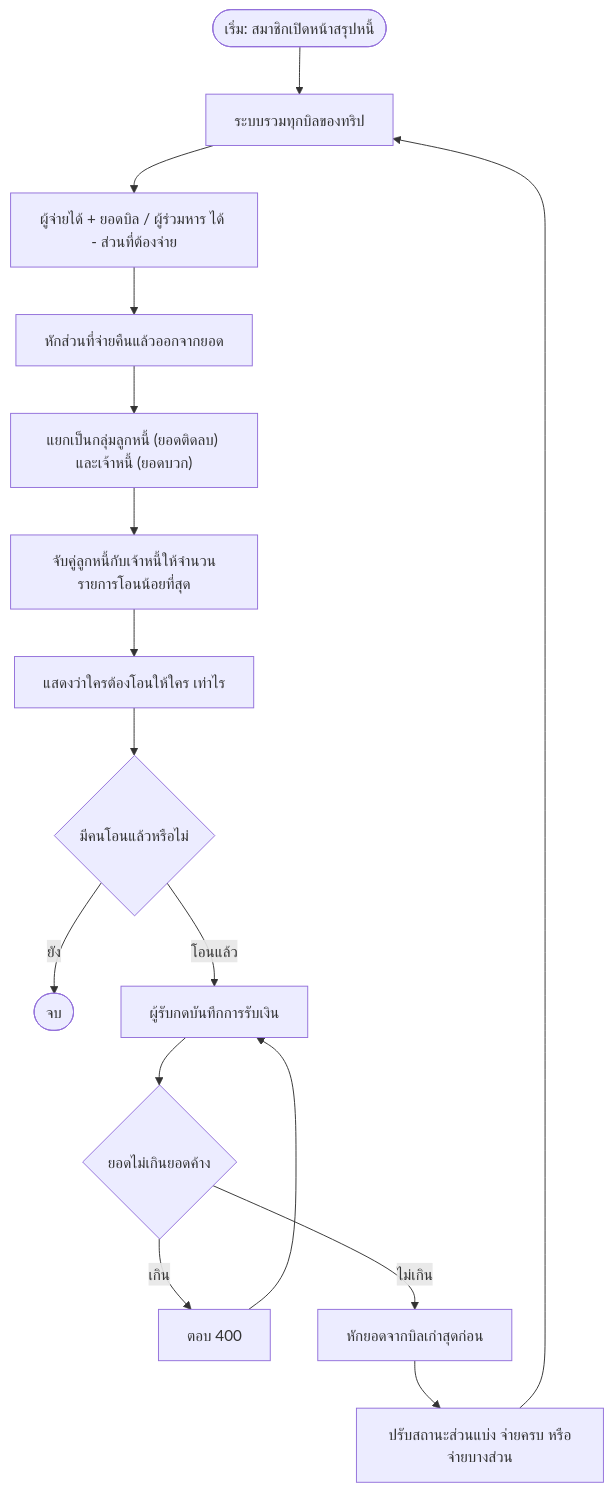
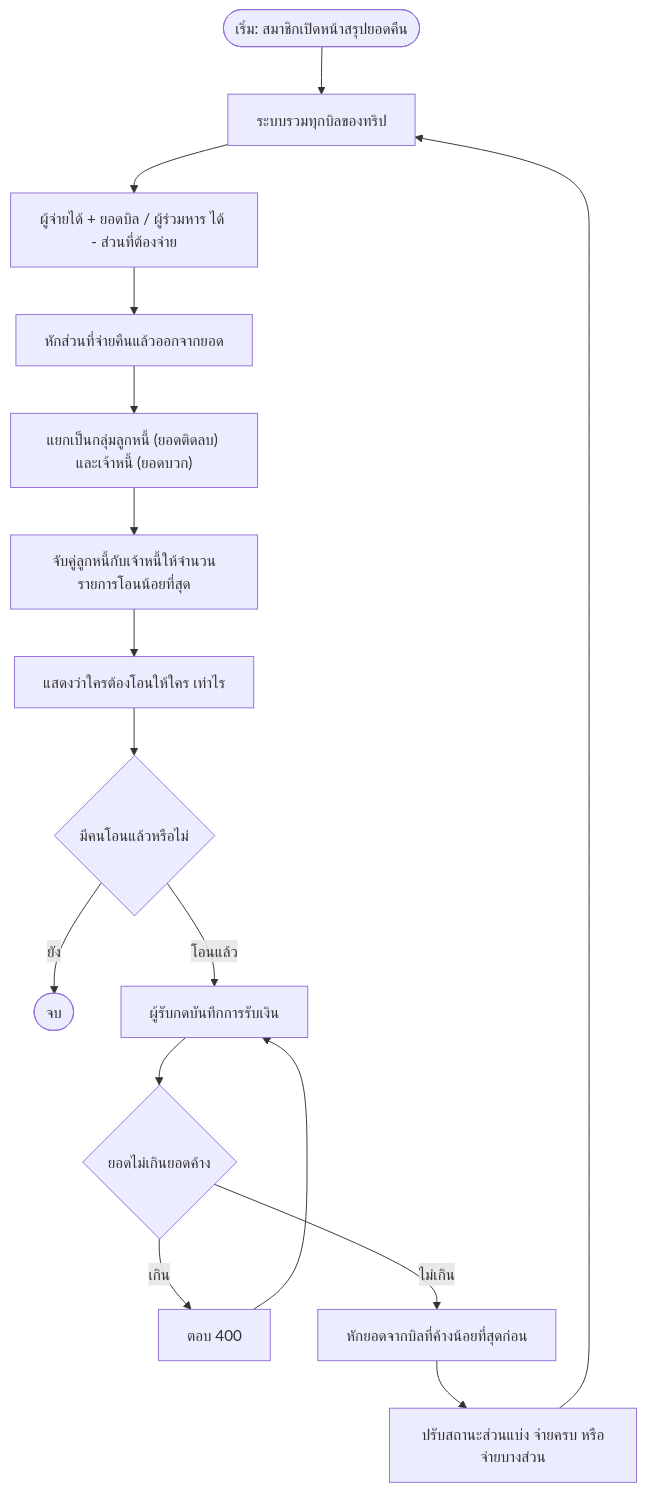
The second of 2 diagrams in doc/diagrams/05-activity-diagram.md (txark/Trip_Spitter), drawn with Mermaid before and after one commit. The commit also changed other lines of this file and 6 other files, not shown here.

Commit message:
docs: update diagrams and test report for smallest-first repayment and latest-only undo

````diff
--- a/doc/diagrams/05-activity-diagram.md
+++ b/doc/diagrams/05-activity-diagram.md
@@ -30,17 +30,17 @@
 ```mermaid
 flowchart TD
-    A(["เริ่ม: สมาชิกเปิดหน้าสรุปหนี้"]) --> B["ระบบรวมทุกบิลของทริป"]
+    A(["เริ่ม: สมาชิกเปิดหน้าสรุปยอดคืน"]) --> B["ระบบรวมทุกบิลของทริป"]
     B --> C["ผู้จ่ายได้ + ยอดบิล / ผู้ร่วมหาร ได้ - ส่วนที่ต้องจ่าย"]
     C --> D["หักส่วนที่จ่ายคืนแล้วออกจากยอด"]
     D --> E["แยกเป็นกลุ่มลูกหนี้ (ยอดติดลบ) และเจ้าหนี้ (ยอดบวก)"]
     E --> F["จับคู่ลูกหนี้กับเจ้าหนี้ให้จำนวนรายการโอนน้อยที่สุด"]
     F --> G["แสดงว่าใครต้องโอนให้ใคร เท่าไร"]
     G --> H{"มีคนโอนแล้วหรือไม่"}
     H -- ยัง --> Z(["จบ"])
     H -- โอนแล้ว --> I["ผู้รับกดบันทึกการรับเงิน"]
     I --> J{"ยอดไม่เกินยอดค้าง"}
     J -- เกิน --> K["ตอบ 400"] --> I
-    J -- ไม่เกิน --> L["หักยอดจากบิลเก่าสุดก่อน"]
+    J -- ไม่เกิน --> L["หักยอดจากบิลที่ค้างน้อยที่สุดก่อน"]
     L --> M["ปรับสถานะส่วนแบ่ง จ่ายครบ หรือจ่ายบางส่วน"]
     M --> B
 ```
````
